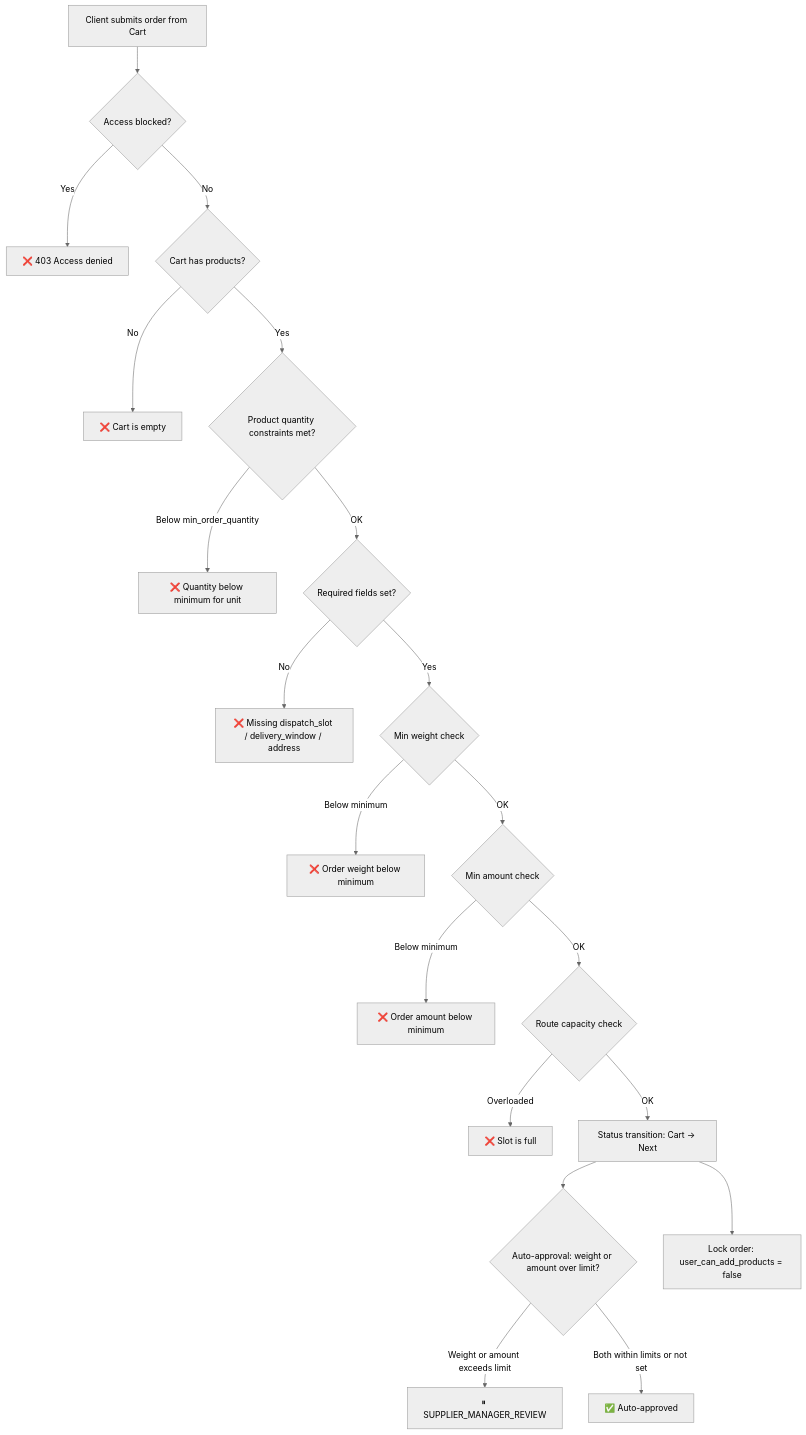
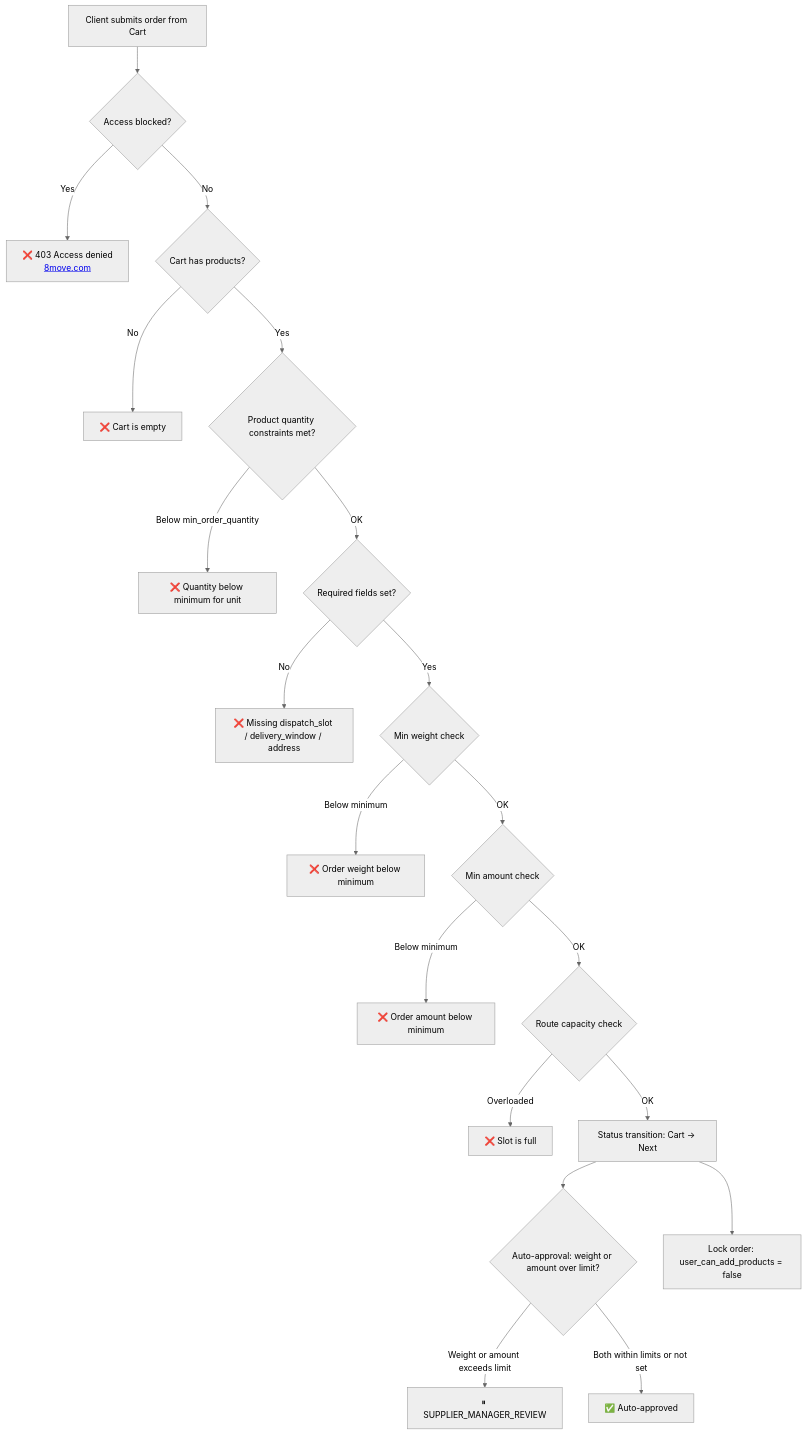
Before and after one commit to MaxShytov/8Move-internal-docs: the diagram in docs/architecture/django-backend/workflows/order-placement-constraints.md, drawn with Mermaid (neutral theme).

Commit message:
docs: add 8move.com link to access denied node in order constraints flowchart

````diff
--- a/docs/architecture/django-backend/workflows/order-placement-constraints.md
+++ b/docs/architecture/django-backend/workflows/order-placement-constraints.md
@@ -19,22 +19,23 @@
 ```mermaid
 flowchart TD
     A[Client submits order from Cart] --> B{Access blocked?}
-    B -->|Yes| X1[❌ 403 Access denied]
+    B -->|Yes| X1["❌ 403 Access denied
+    <a href='https://8move.com' target='_blank'>8move.com</a>"]
     B -->|No| C{Cart has products?}
     C -->|No| X2[❌ Cart is empty]
     C -->|Yes| P{Product quantity constraints met?}
     P -->|Below min_order_quantity| X6[❌ Quantity below minimum for unit]
     P -->|OK| D{Required fields set?}
     D -->|No| X3[❌ Missing dispatch_slot / delivery_window / address]
     D -->|Yes| E{Min weight check}
     E -->|Below minimum| X4[❌ Order weight below minimum]
     E -->|OK| EA{Min amount check}
     EA -->|Below minimum| X7[❌ Order amount below minimum]
     EA -->|OK| F{Route capacity check}
     F -->|Overloaded| X5[❌ Slot is full]
     F -->|OK| G[Status transition: Cart → Next]
     G --> H{Auto-approval: weight or amount over limit?}
     H -->|Weight or amount exceeds limit| I[⏸ SUPPLIER_MANAGER_REVIEW]
     H -->|Both within limits or not set| J[✅ Auto-approved]
     G --> K[Lock order: user_can_add_products = false]
 ```
````
